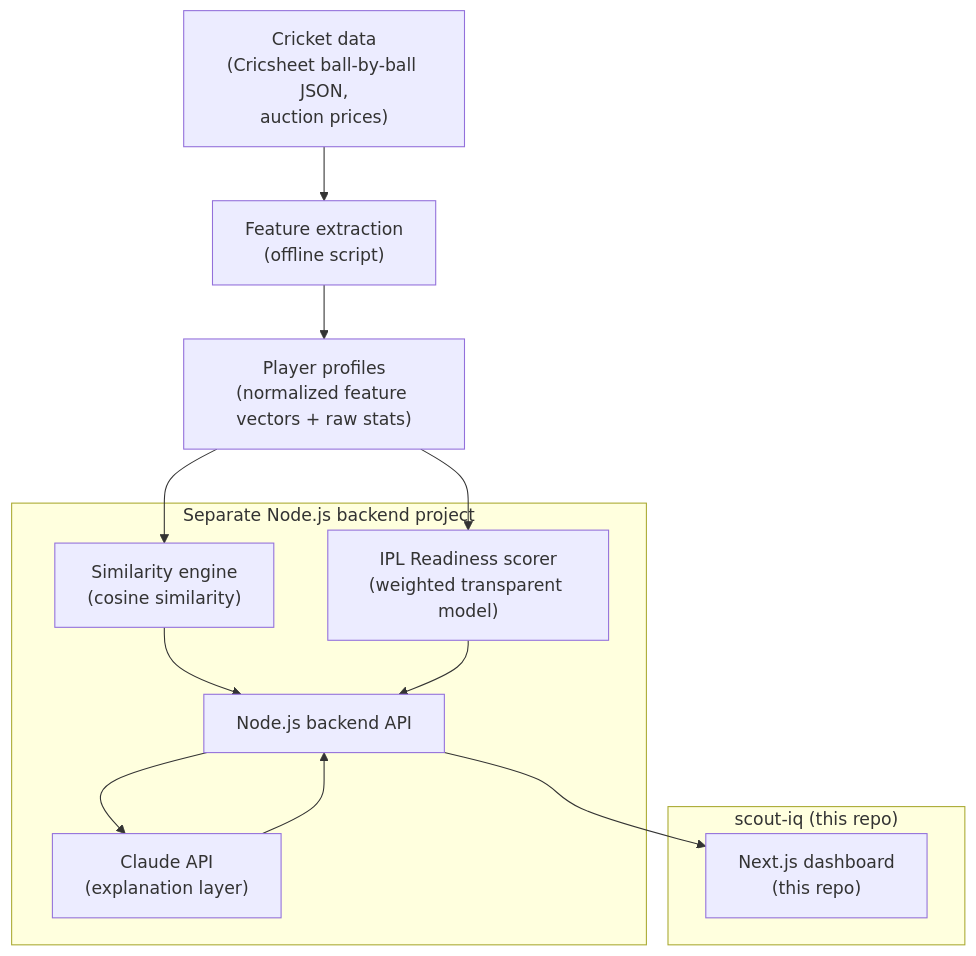
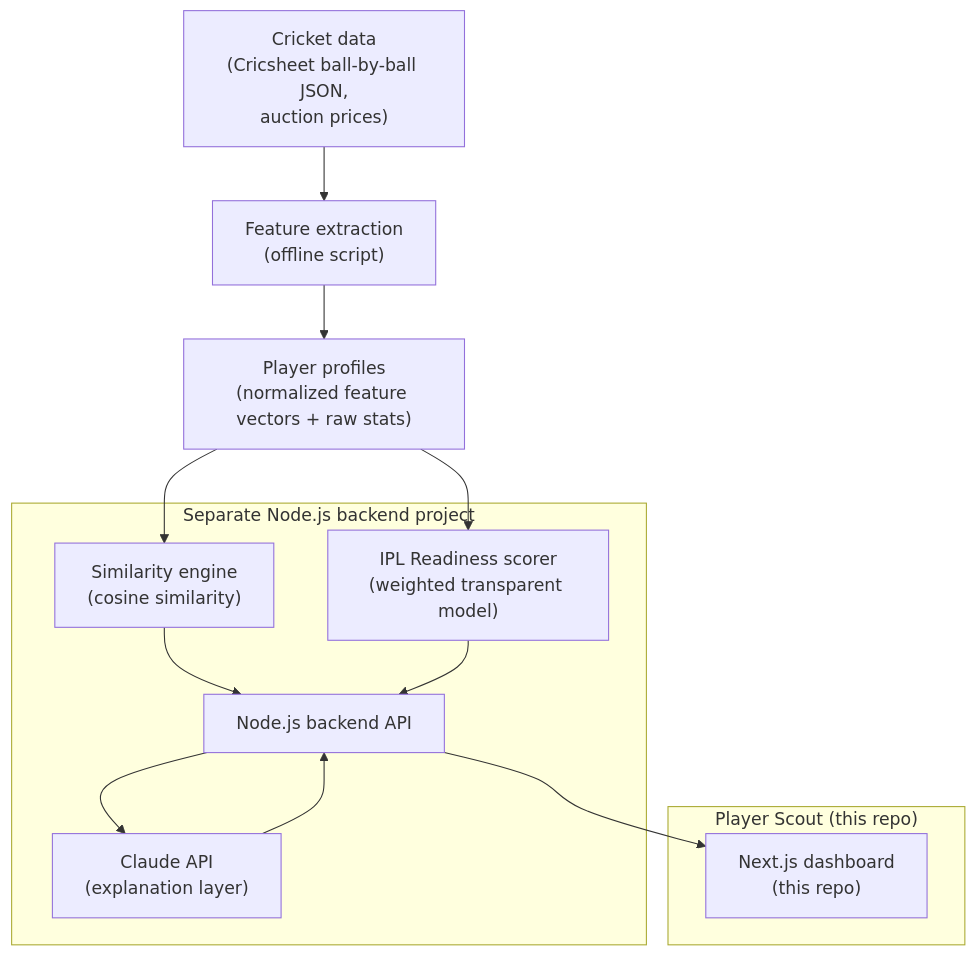
One commit to prasad-chandera/player-scout-web-app changed the diagram in docs/01-overview.md. Above: the diagram before and after it, drawn with Mermaid. The commit also changed other lines of this file and 22 other files, not shown here.

````diff
--- a/docs/01-overview.md
+++ b/docs/01-overview.md
@@ -51,22 +51,22 @@
 ```mermaid
 flowchart TD
     A["Cricket data<br/>(Cricsheet ball-by-ball JSON,<br/>auction prices)"] --> B["Feature extraction<br/>(offline script)"]
     B --> C["Player profiles<br/>(normalized feature vectors + raw stats)"]
     C --> D["Similarity engine<br/>(cosine similarity)"]
     C --> E["IPL Readiness scorer<br/>(weighted transparent model)"]
     D --> F["Node.js backend API"]
     E --> F
     F --> G["Claude API<br/>(explanation layer)"]
     G --> F
     F --> H["Next.js dashboard<br/>(this repo)"]
 
     subgraph Backend["Separate Node.js backend project"]
         D
         E
         F
         G
     end
-    subgraph Frontend["scout-iq (this repo)"]
+    subgraph Frontend["Player Scout (this repo)"]
         H
     end
 ```
````
